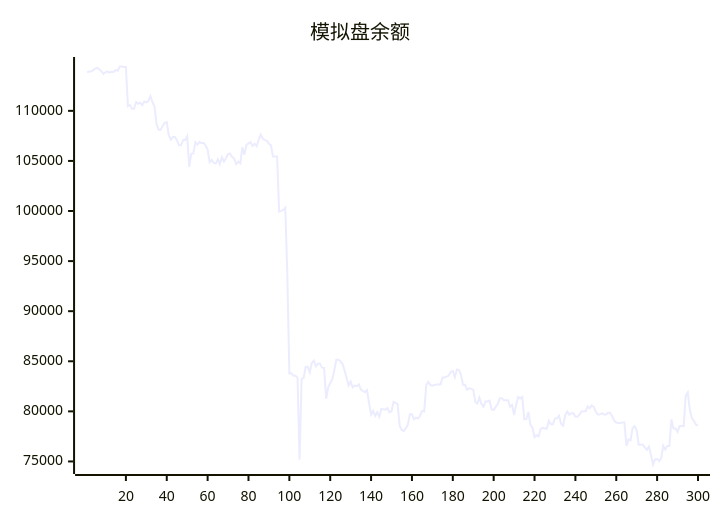
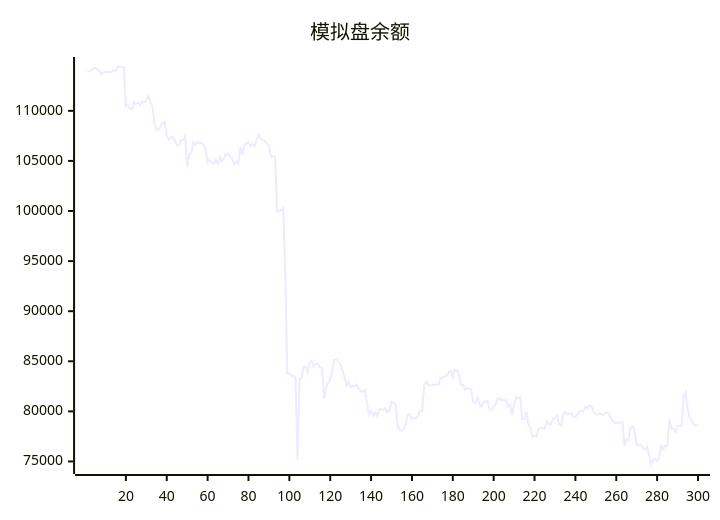
Before and after one commit to aahl/ai-trading: the diagram in README.md, drawn with Mermaid. The commit also changed other lines of this file and 1 other file, not shown here.

````diff
--- a/README.md
+++ b/README.md
@@ -5,5 +5,5 @@
 ```mermaid
 xychart
     title "模拟盘余额"
-    line [113848,113927,113929,114064,114232,114293,114144,113960,113698,113853,113942,113812,113908,113877,114091,113998,114427,114422,114384,114384,110477,110576,110198,110198,110890,110712,110812,110569,110929,110847,110968,111478,110870,110433,108661,108116,108115,108485,108797,108877,107536,107134,107393,107393,107046,106565,106565,107081,107081,107478,104404,105715,105749,106866,106651,106889,106771,106816,106565,106141,104876,105103,104796,104734,105169,104690,105380,104941,105272,105709,105739,105374,105227,104691,104924,104762,106364,105628,106608,106748,106872,106485,106721,106468,107132,107620,107224,107080,107001,106717,106567,105431,105431,105440,99950,100017,100113,100337,93749,83795,83807,83567,83567,83342,75168,83222,83336,84448,84449,83896,84839,85065,84499,84757,84757,84364,84347,81254,82385,82835,83184,84099,85150,85150,85002,84751,84096,83356,82582,82983,82404,82572,82512,82688,82200,82047,81920,82125,80840,79688,80060,79552,79920,79470,80236,80208,80170,80336,79894,80006,80954,80837,80712,78561,78139,78037,78293,78682,79720,79720,79214,79372,79279,79591,80046,79993,82625,82950,82626,82571,82633,82670,82670,82681,83386,83378,83464,83579,83920,84037,83402,84160,84142,83652,82655,82655,82145,82315,82243,82163,80934,80770,81371,80742,80468,80989,80989,81067,80191,80155,80450,80737,81309,81309,81106,81119,81119,80471,80631,79624,80670,81448,81290,81429,79212,79222,79940,78643,78380,77432,77623,77504,78235,78358,78284,78277,79048,78714,78714,79290,79308,79567,78763,78563,79603,79988,79652,79813,79813,79476,79469,79673,79995,80015,80015,80486,80314,80600,80436,79966,79689,79689,79819,79692,79692,79850,79850,79518,79071,78889,78850,78850,78878,78878,76554,77202,77103,78357,78510,78106,76678,76677,76672,76411,76159,76485,75656,74695,75197,75246,75052,75334,76564,76179,76553,76551,79196,78300,78300,77944,78531,78531,78521,81564,81884,80160,79335,79055,78675,78580]
+    line [113927,113929,114064,114232,114293,114144,113960,113698,113853,113942,113812,113908,113877,114091,113998,114427,114422,114384,114384,110477,110576,110198,110198,110890,110712,110812,110569,110929,110847,110968,111478,110870,110433,108661,108116,108115,108485,108797,108877,107536,107134,107393,107393,107046,106565,106565,107081,107081,107478,104404,105715,105749,106866,106651,106889,106771,106816,106565,106141,104876,105103,104796,104734,105169,104690,105380,104941,105272,105709,105739,105374,105227,104691,104924,104762,106364,105628,106608,106748,106872,106485,106721,106468,107132,107620,107224,107080,107001,106717,106567,105431,105431,105440,99950,100017,100113,100337,93749,83795,83807,83567,83567,83342,75168,83222,83336,84448,84449,83896,84839,85065,84499,84757,84757,84364,84347,81254,82385,82835,83184,84099,85150,85150,85002,84751,84096,83356,82582,82983,82404,82572,82512,82688,82200,82047,81920,82125,80840,79688,80060,79552,79920,79470,80236,80208,80170,80336,79894,80006,80954,80837,80712,78561,78139,78037,78293,78682,79720,79720,79214,79372,79279,79591,80046,79993,82625,82950,82626,82571,82633,82670,82670,82681,83386,83378,83464,83579,83920,84037,83402,84160,84142,83652,82655,82655,82145,82315,82243,82163,80934,80770,81371,80742,80468,80989,80989,81067,80191,80155,80450,80737,81309,81309,81106,81119,81119,80471,80631,79624,80670,81448,81290,81429,79212,79222,79940,78643,78380,77432,77623,77504,78235,78358,78284,78277,79048,78714,78714,79290,79308,79567,78763,78563,79603,79988,79652,79813,79813,79476,79469,79673,79995,80015,80015,80486,80314,80600,80436,79966,79689,79689,79819,79692,79692,79850,79850,79518,79071,78889,78850,78850,78878,78878,76554,77202,77103,78357,78510,78106,76678,76677,76672,76411,76159,76485,75656,74695,75197,75246,75052,75334,76564,76179,76553,76551,79196,78300,78300,77944,78531,78531,78521,81564,81884,80160,79335,79055,78675,78580,78708]
 ```
````
